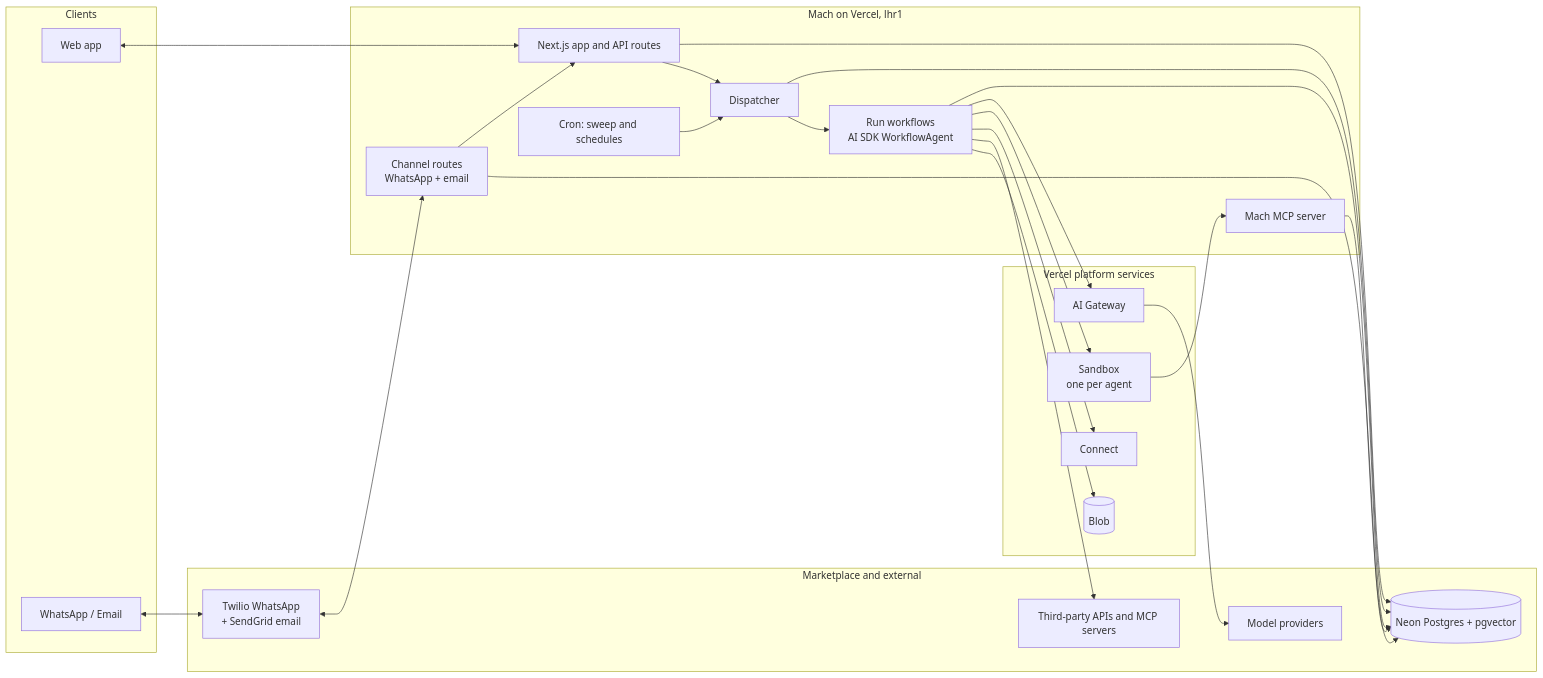
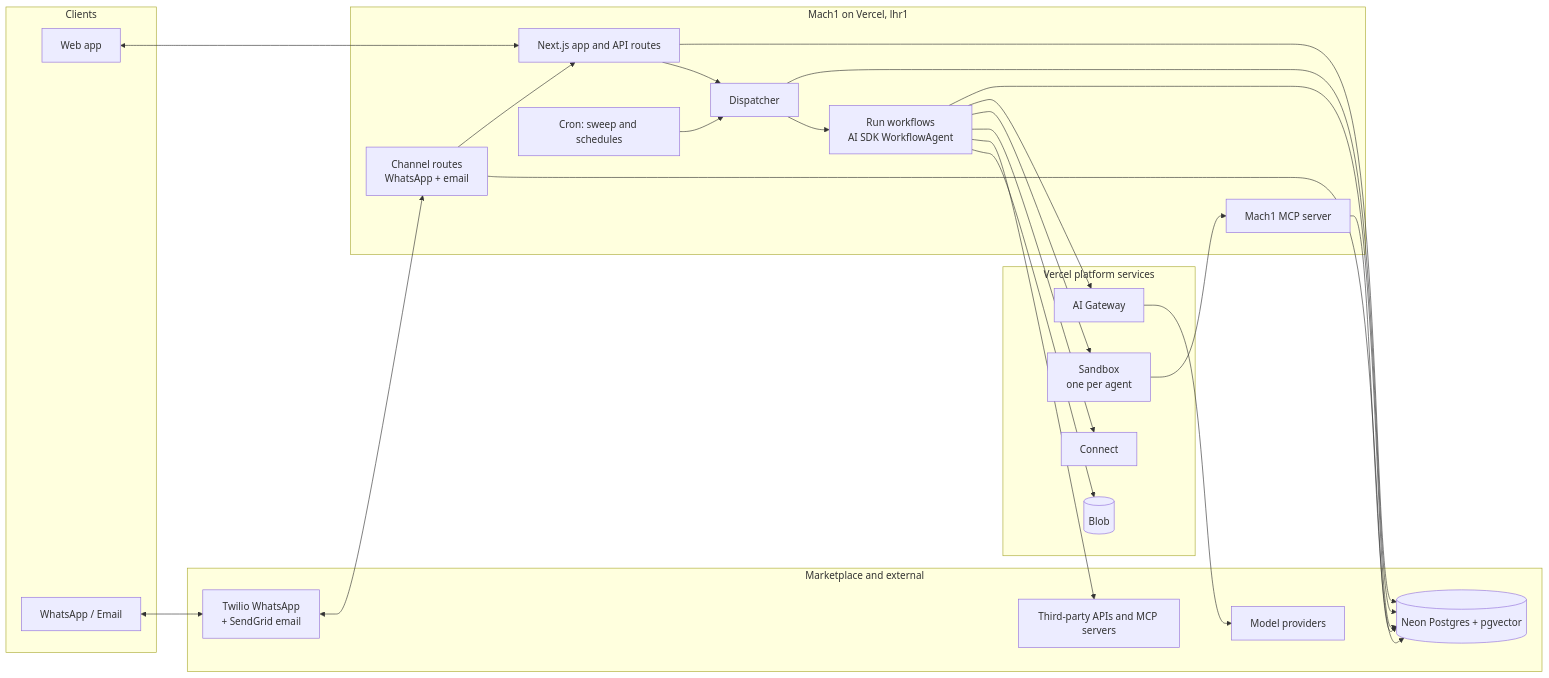
Before and after one commit to asturkmani/mach: the second of 2 diagrams in docs/spec.md, drawn with Mermaid. The commit also changed other lines of this file and 78 other files, not shown here.

````diff
--- a/docs/spec.md
+++ b/docs/spec.md
@@ -712,46 +712,46 @@
 ```mermaid
 flowchart LR
     subgraph Clients
         WEB[Web app]
         CH[WhatsApp / Email]
     end
-    subgraph App["Mach on Vercel, lhr1"]
+    subgraph App["Mach1 on Vercel, lhr1"]
         NEXT[Next.js app and API routes]
         CHAT[Channel routes<br/>WhatsApp + email]
         DSP[Dispatcher]
         CRON[Cron: sweep and schedules]
         WF[Run workflows<br/>AI SDK WorkflowAgent]
-        MCPS[Mach MCP server]
+        MCPS[Mach1 MCP server]
     end
     subgraph Vercel["Vercel platform services"]
         GW[AI Gateway]
         SBX[Sandbox<br/>one per agent]
         CONN[Connect]
         BLOB[(Blob)]
     end
     subgraph Ext["Marketplace and external"]
         DB[(Neon Postgres + pgvector)]
         TWILIO[Twilio WhatsApp<br/>+ SendGrid email]
         LLM[Model providers]
         API3[Third-party APIs and MCP servers]
     end
     WEB <--> NEXT
     CH <--> TWILIO
     TWILIO <--> CHAT
     CHAT --> NEXT
     CHAT --> DB
     NEXT --> DB
     NEXT --> DSP
     CRON --> DSP
     DSP --> DB
     DSP --> WF
     WF --> DB
     WF --> GW
     GW --> LLM
     WF --> SBX
     WF --> CONN
     WF --> API3
     WF --> BLOB
     SBX --> MCPS
     MCPS --> DB
 ```
````
